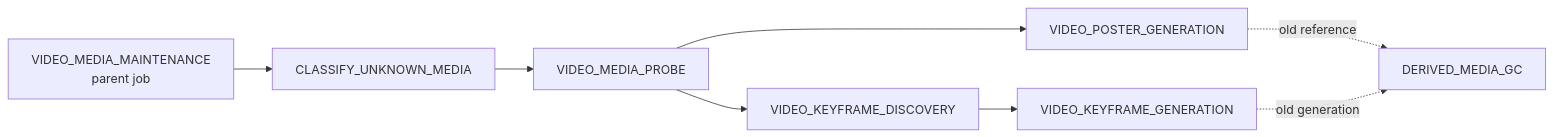
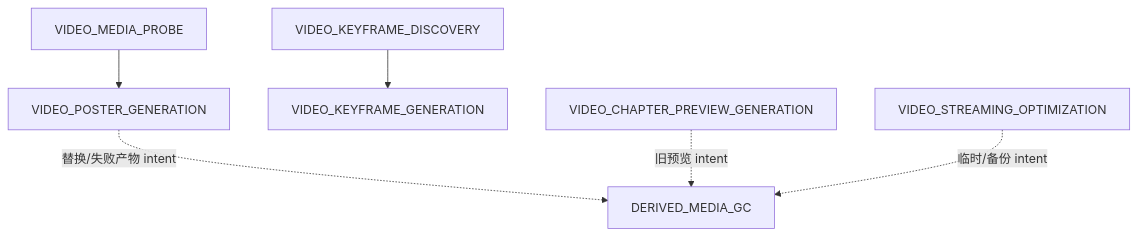
One commit to namehu/PixiShelf changed the seventh of 8 diagrams in docs/design/background-task-architecture.md. Above: the diagram before and after it, drawn with Mermaid. The commit also changed other lines of this file and 104 other files, not shown here.

````diff
--- a/docs/design/background-task-architecture.md
+++ b/docs/design/background-task-architecture.md
@@ -365,10 +365,13 @@
 ```mermaid
-flowchart LR
-  Parent["VIDEO_MEDIA_MAINTENANCE<br/>parent job"] --> Classify["CLASSIFY_UNKNOWN_MEDIA"]
-  Classify --> Probe["VIDEO_MEDIA_PROBE"]
+flowchart TB
+  Probe["VIDEO_MEDIA_PROBE"]
   Probe --> Poster["VIDEO_POSTER_GENERATION"]
-  Probe --> Discovery["VIDEO_KEYFRAME_DISCOVERY"]
-  Discovery --> Keyframes["VIDEO_KEYFRAME_GENERATION"]
-  Poster -. old reference .-> GC["DERIVED_MEDIA_GC"]
-  Keyframes -. old generation .-> GC
+  Discovery["VIDEO_KEYFRAME_DISCOVERY"] --> Keyframes["VIDEO_KEYFRAME_GENERATION"]
+  Chapter["VIDEO_CHAPTER_PREVIEW_GENERATION"]
+  Streaming["VIDEO_STREAMING_OPTIMIZATION"]
+  GC["DERIVED_MEDIA_GC"]
+
+  Poster -. "替换/失败产物 intent" .-> GC
+  Chapter -. "旧预览 intent" .-> GC
+  Streaming -. "临时/备份 intent" .-> GC
 ```
````
